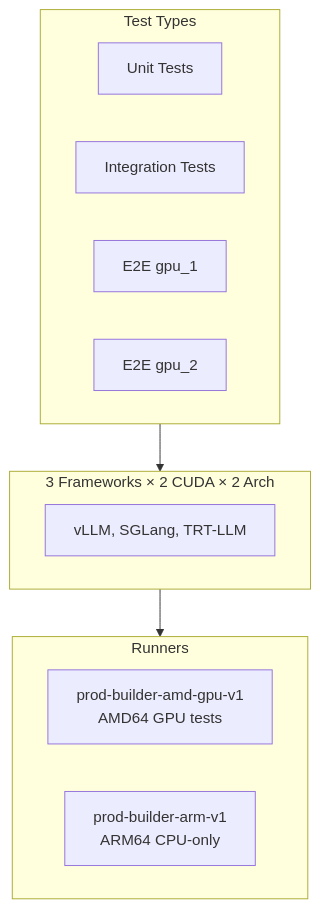
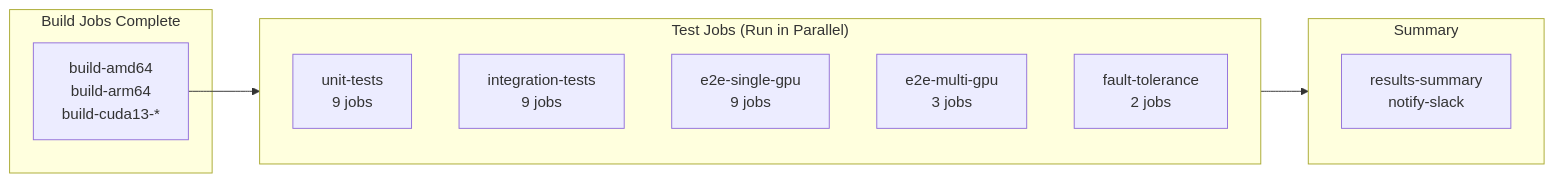
Before and after one commit to ai-dynamo/dynamo: the second of 4 diagrams in .github/NIGHTLY_WORKFLOW.md, drawn with Mermaid. The commit also changed other lines of this file and 2 other files, not shown here.

````diff
--- a/.github/NIGHTLY_WORKFLOW.md
+++ b/.github/NIGHTLY_WORKFLOW.md
@@ -74,20 +90,21 @@
 ```mermaid
-flowchart TD
-    subgraph Tests["Test Types"]
-        U[Unit Tests]
-        I[Integration Tests]
-        E1[E2E gpu_1]
-        E2[E2E gpu_2]
+flowchart LR
+    subgraph Builds["Build Jobs Complete"]
+        B[build-amd64<br/>build-arm64<br/>build-cuda13-*]
     end
 
-    subgraph Frameworks["3 Frameworks × 2 CUDA × 2 Arch"]
-        F[vLLM, SGLang, TRT-LLM]
+    subgraph Tests["Test Jobs (Run in Parallel)"]
+        T1[unit-tests<br/>9 jobs]
+        T2[integration-tests<br/>9 jobs]
+        T3[e2e-single-gpu<br/>9 jobs]
+        T4[e2e-multi-gpu<br/>3 jobs]
+        T5[fault-tolerance<br/>2 jobs]
     end
 
-    subgraph Runners
-        R1[prod-builder-amd-gpu-v1<br/>AMD64 GPU tests]
-        R2[prod-builder-arm-v1<br/>ARM64 CPU-only]
+    subgraph Summary
+        S[results-summary<br/>notify-slack]
     end
 
-    Tests --> Frameworks --> Runners
+    B --> Tests
+    Tests --> Summary
 ```
````
